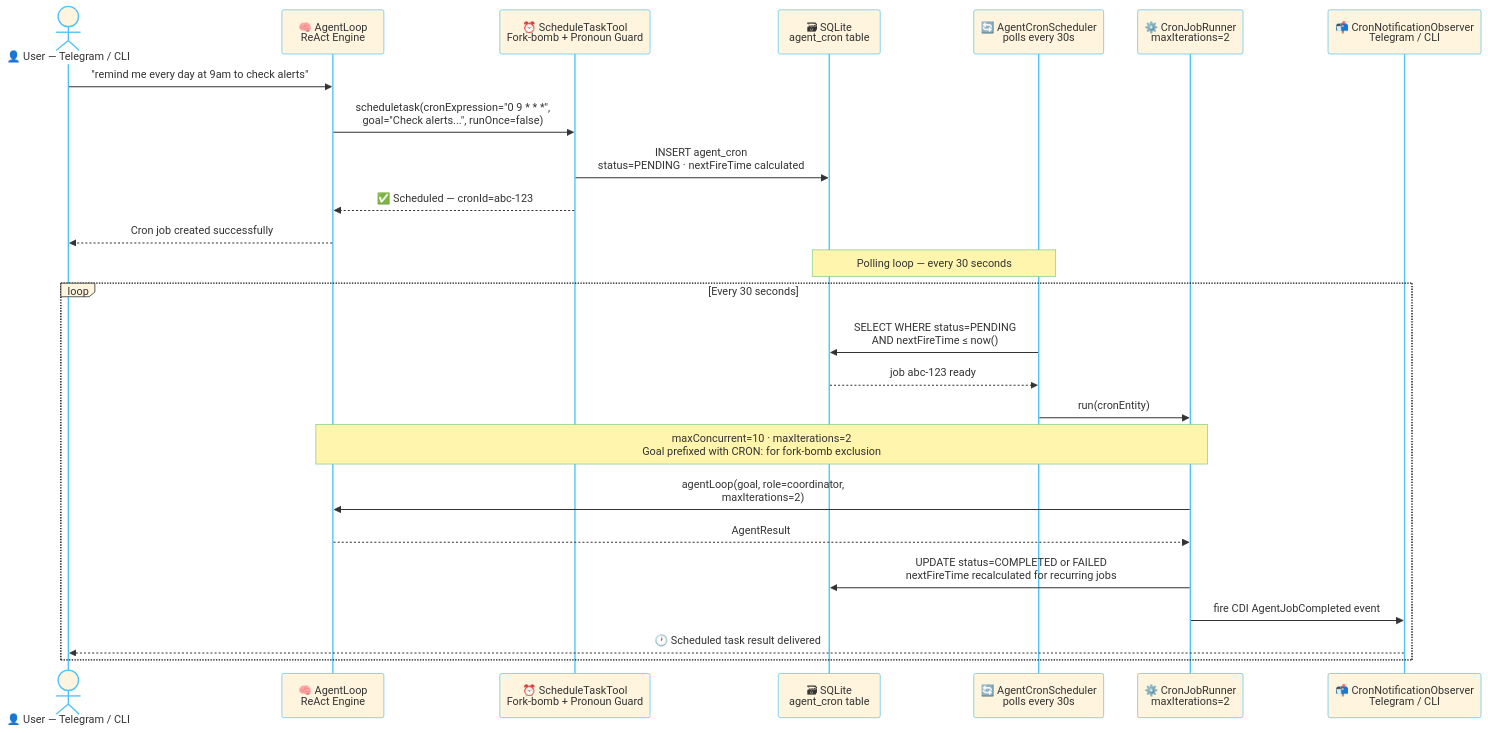
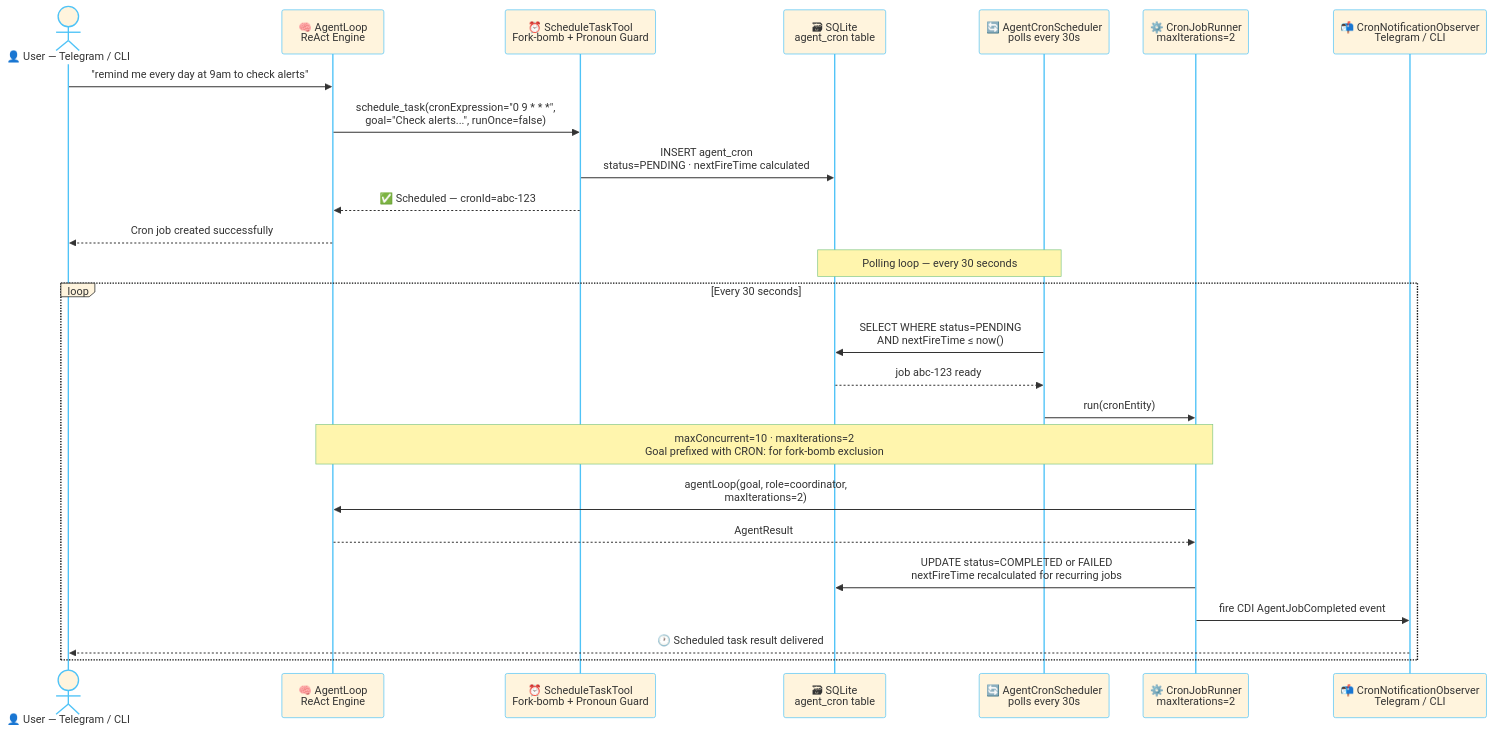
Before and after one commit to rsrini7/AmshaAgent: the sixth of 8 diagrams in README.md, drawn with Mermaid. The commit also changed other lines of this file and 17 other files, not shown here.

````diff
--- a/README.md
+++ b/README.md
@@ -870,31 +870,31 @@
 ```mermaid
 %%{init: {'theme': 'base', 'themeVariables': {'primaryBorderColor': '#4fc3f7', 'lineColor': '#4fc3f7', 'activationBorderColor': '#4fc3f7', 'actorBorder': '#4fc3f7', 'actorLineColor': '#4fc3f7','labelBoxBorderColor': '#0b0c0cff', 'noteBorderColor': '#81c784', 'fontSize': '13px'}}}%%
 sequenceDiagram
     actor U as 👤 User — Telegram / CLI
     participant AL as 🧠 AgentLoop<br/>ReAct Engine
     participant ST as ⏰ ScheduleTaskTool<br/>Fork-bomb + Pronoun Guard
     participant DB as 🗃 SQLite<br/>agent_cron table
     participant CS as 🔄 AgentCronScheduler<br/>polls every 30s
     participant CJR as ⚙️ CronJobRunner<br/>maxIterations=2
     participant TN as 📬 CronNotificationObserver<br/>Telegram / CLI
 
     U->>AL: "remind me every day at 9am to check alerts"
-    AL->>ST: scheduletask(cronExpression="0 9 * * *",<br/>goal="Check alerts...", runOnce=false)
+    AL->>ST: schedule_task(cronExpression="0 9 * * *",<br/>goal="Check alerts...", runOnce=false)
     ST->>DB: INSERT agent_cron<br/>status=PENDING · nextFireTime calculated
     ST-->>AL: ✅ Scheduled — cronId=abc-123
     AL-->>U: Cron job created successfully
 
     Note over CS,DB: Polling loop — every 30 seconds
 
     loop Every 30 seconds
         CS->>DB: SELECT WHERE status=PENDING<br/>AND nextFireTime ≤ now()
         DB-->>CS: job abc-123 ready
         CS->>CJR: run(cronEntity)
         Note over CJR,AL: maxConcurrent=10 · maxIterations=2<br/>Goal prefixed with CRON: for fork-bomb exclusion
         CJR->>AL: agentLoop(goal, role=coordinator,<br/>maxIterations=2)
         AL-->>CJR: AgentResult
         CJR->>DB: UPDATE status=COMPLETED or FAILED<br/>nextFireTime recalculated for recurring jobs
         CJR->>TN: fire CDI AgentJobCompleted event
         TN-->>U: 🕐 Scheduled task result delivered
     end
 ```
````
